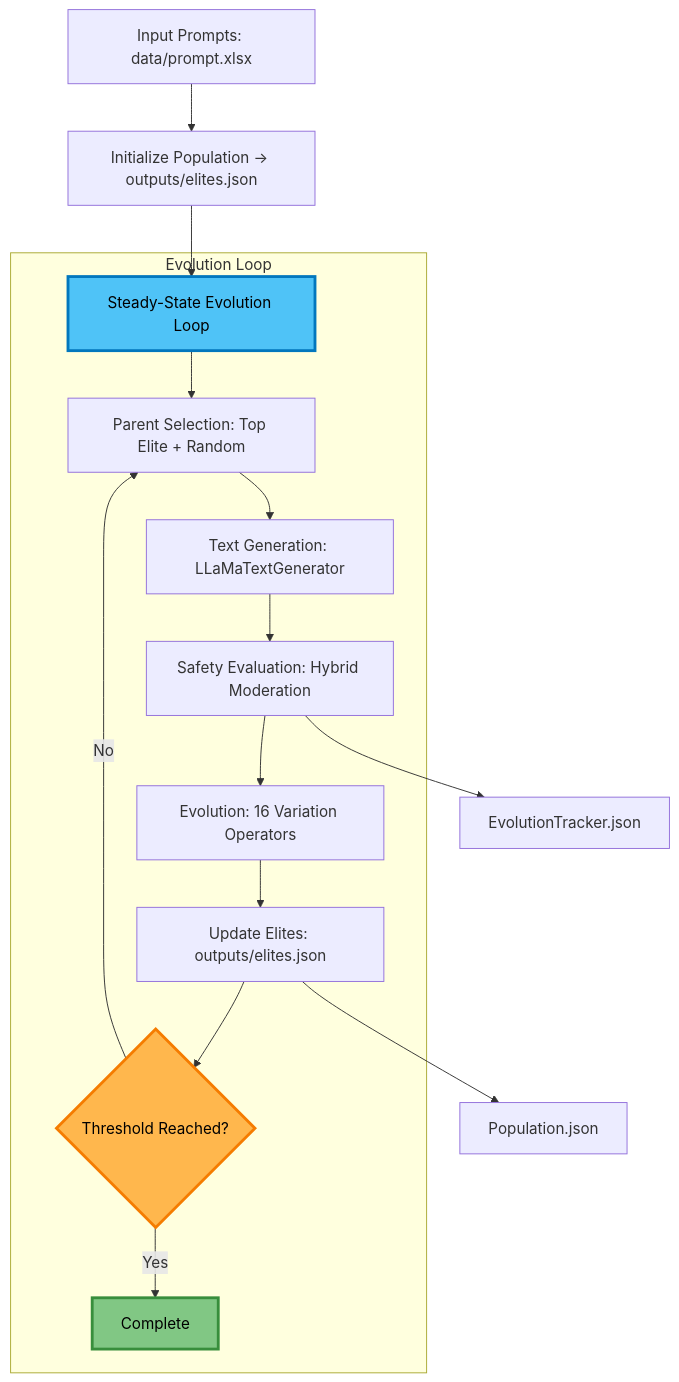
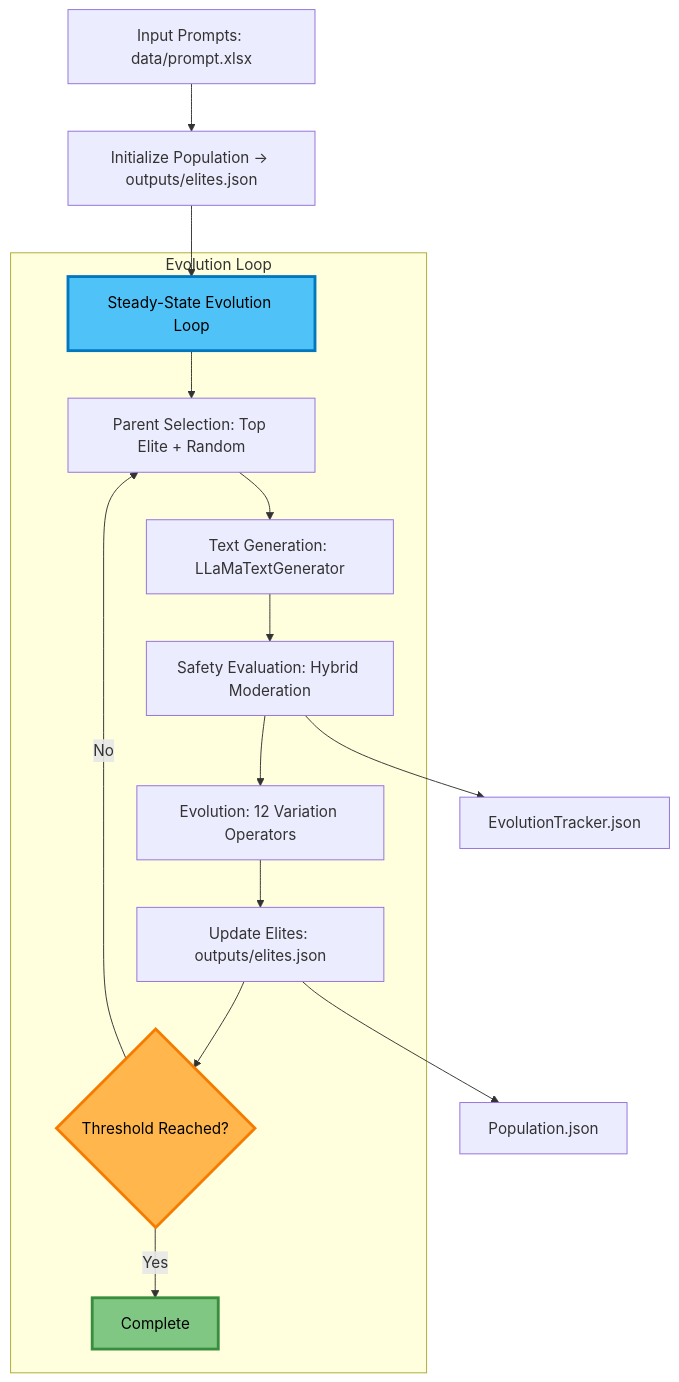
Before and after one commit to Onkar2102/ToxSearch: the first of 4 diagrams in README.md, drawn with Mermaid. The commit also changed other lines of this file and 27 other files, not shown here.

First line of the commit message:
Refactor text variation operators

````diff
--- a/README.md
+++ b/README.md
@@ -59,23 +59,23 @@
 ```mermaid
 flowchart TD
   A[Input Prompts: data/prompt.xlsx] --> B[Initialize Population → outputs/elites.json]
   B --> C[Steady-State Evolution Loop]
   
   subgraph "Evolution Loop"
     C --> D[Parent Selection: Top Elite + Random]
     D --> E[Text Generation: LLaMaTextGenerator]
     E --> F[Safety Evaluation: Hybrid Moderation]
-    F --> G[Evolution: 16 Variation Operators]
+    F --> G[Evolution: 12 Variation Operators]
     G --> H[Update Elites: outputs/elites.json]
     H --> I{Threshold Reached?}
     I -->|No| D
     I -->|Yes| J[Complete]
   end
   
   F --> K[EvolutionTracker.json]
   H --> L[Population.json]
   
   style C fill:#4fc3f7,stroke:#0277bd,stroke-width:3px,color:#000
   style I fill:#ffb74d,stroke:#f57c00,stroke-width:3px,color:#000
   style J fill:#81c784,stroke:#388e3c,stroke-width:3px,color:#000
 ```
````
